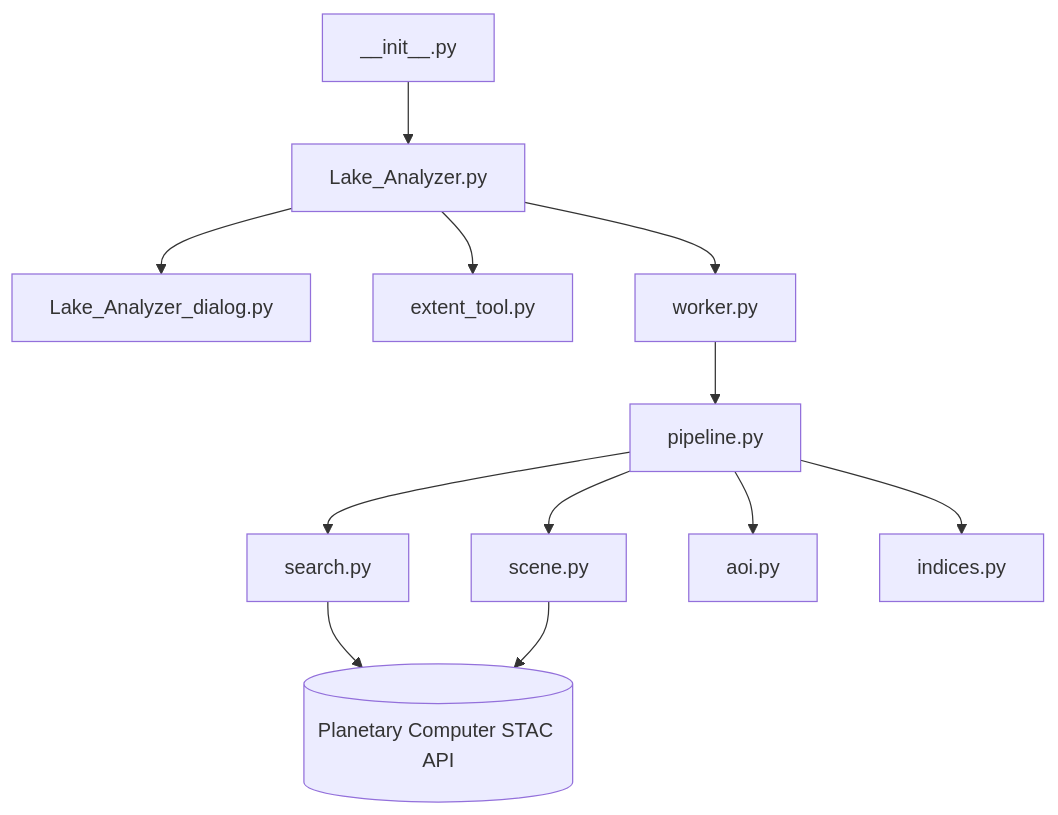
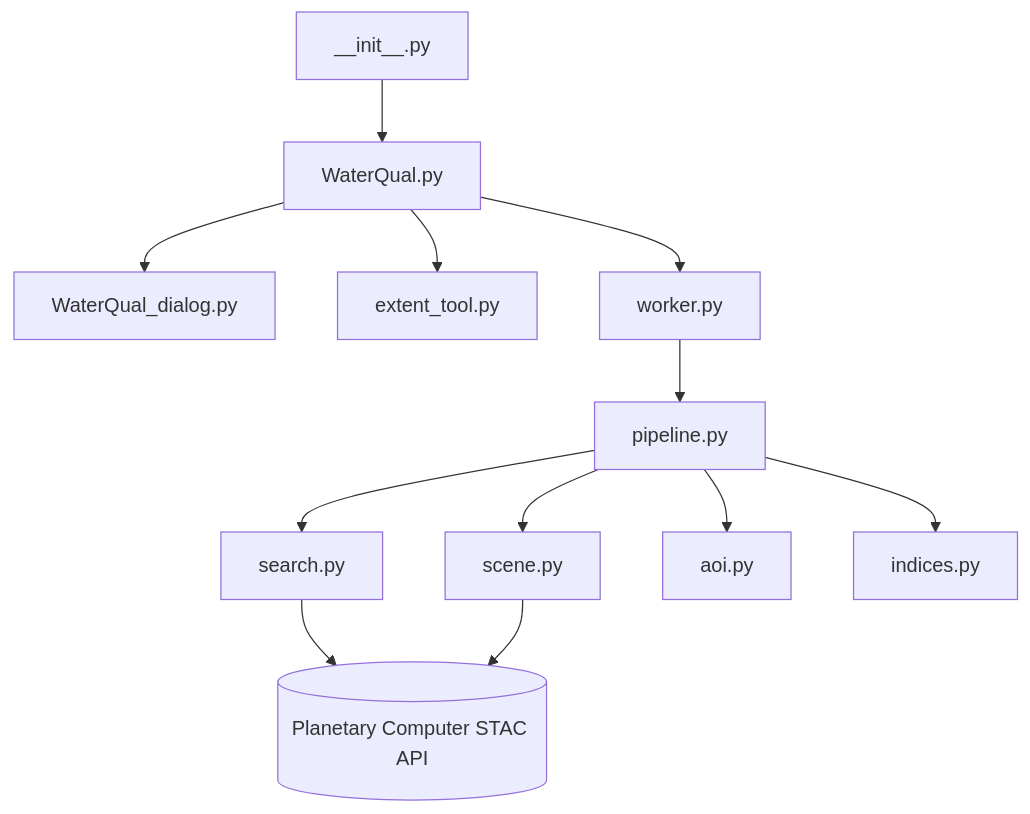
Before and after one commit to iliasmachairas/WaterQual: the second of 2 diagrams in README.md, drawn with Mermaid. The commit also changed other lines of this file and 24 other files, not shown here.

First line of the commit message:
Rename plugin from Lake_Analyzer to WaterQual

````diff
--- a/README.md
+++ b/README.md
@@ -213,14 +213,14 @@
 ```mermaid
 flowchart TD
-    init["__init__.py"] --> plugin["Lake_Analyzer.py"]
-    plugin --> dialog["Lake_Analyzer_dialog.py"]
+    init["__init__.py"] --> plugin["WaterQual.py"]
+    plugin --> dialog["WaterQual_dialog.py"]
     plugin --> extent["extent_tool.py"]
     plugin --> worker["worker.py"]
     worker --> pipeline["pipeline.py"]
     pipeline --> search["search.py"]
     pipeline --> scene["scene.py"]
     pipeline --> aoi["aoi.py"]
     pipeline --> indices["indices.py"]
     search --> pc[("Planetary Computer STAC API")]
     scene --> pc
 ```
````
